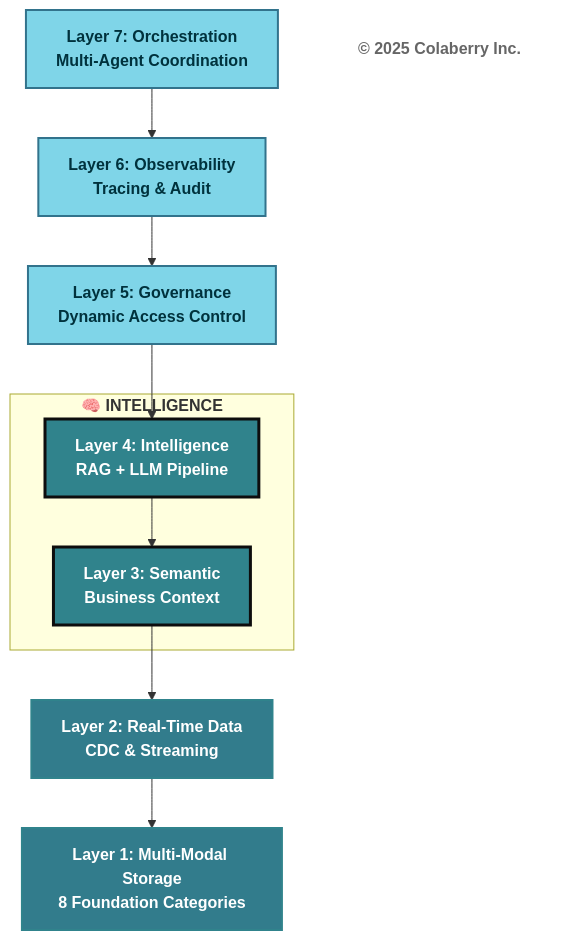
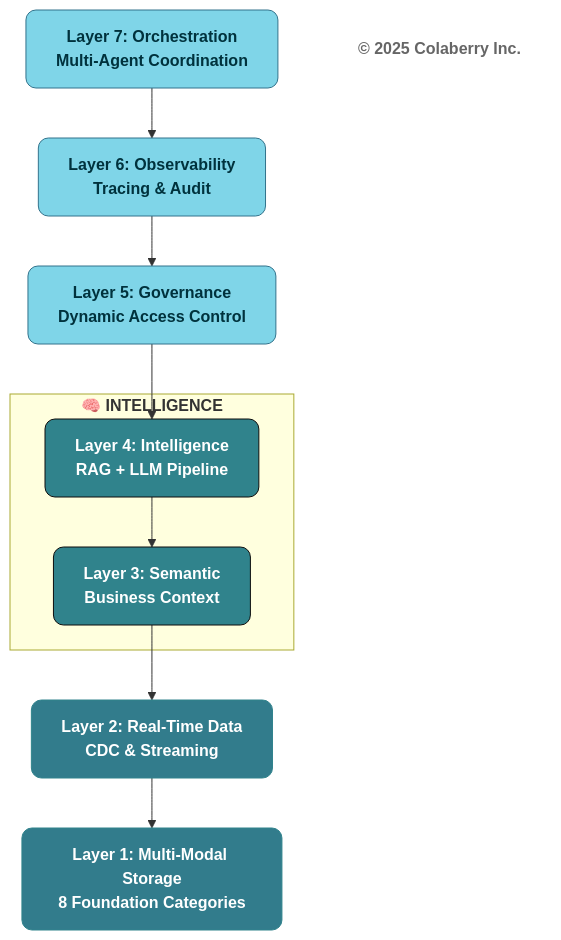
One commit to colaberry/trust-before-intelligence-book changed the third of 13 diagrams in manuscript/06_chapter_5_intelligence_layers.md. Above: the diagram before and after it, drawn with Mermaid. The commit also changed other lines of this file and 12 other files, not shown here.

````diff
--- a/manuscript/06_chapter_5_intelligence_layers.md
+++ b/manuscript/06_chapter_5_intelligence_layers.md
@@ -110,28 +110,28 @@
 ```mermaid
 graph TB
     L7["<b>Layer 7: Orchestration</b><br/><b>Multi-Agent Coordination</b>"]
     L6["<b>Layer 6: Observability</b><br/><b>Tracing & Audit</b>"]
     L5["<b>Layer 5: Governance</b><br/><b>Dynamic Access Control</b>"]
     
     subgraph "<b>🧠 INTELLIGENCE</b>"
         L4["<b>Layer 4: Intelligence</b><br/><b>RAG + LLM Pipeline</b>"]
         L3["<b>Layer 3: Semantic</b><br/><b>Business Context</b>"]
     end
     
     L2["<b>Layer 2: Real-Time Data</b><br/><b>CDC & Streaming</b>"]
     L1["<b>Layer 1: Multi-Modal Storage</b><br/><b>8 Foundation Categories</b>"]
     
     Copyright["<b>© 2025 Colaberry Inc.</b>"]
     
     L7 --> L6 --> L5 --> L4 --> L3
     L3 --> L2 --> L1
     
-    style L7 fill:#7FD5E8,stroke:#32738C,stroke-width:2px,color:#00323D
-    style L6 fill:#7FD5E8,stroke:#32738C,stroke-width:2px,color:#00323D
-    style L5 fill:#7FD5E8,stroke:#32738C,stroke-width:2px,color:#00323D
-    style L4 fill:#30838C,stroke:#0D0D0D,stroke-width:3px,color:#ffffff
-    style L3 fill:#30838C,stroke:#0D0D0D,stroke-width:3px,color:#ffffff
-    style L2 fill:#327C8C,stroke:#30838C,stroke-width:2px,color:#ffffff
-    style L1 fill:#327C8C,stroke:#30838C,stroke-width:2px,color:#ffffff
-    style Copyright fill:#ffffff,stroke:none,color:#666666
+    style L7 fill:#7FD5E8,stroke:#32738C,stroke-width:1px,color:#00323D,rx:10,ry:10
+    style L6 fill:#7FD5E8,stroke:#32738C,stroke-width:1px,color:#00323D,rx:10,ry:10
+    style L5 fill:#7FD5E8,stroke:#32738C,stroke-width:1px,color:#00323D,rx:10,ry:10
+    style L4 fill:#30838C,stroke:#0D0D0D,stroke-width:1px,color:#ffffff,rx:10,ry:10
+    style L3 fill:#30838C,stroke:#0D0D0D,stroke-width:1px,color:#ffffff,rx:10,ry:10
+    style L2 fill:#327C8C,stroke:#30838C,stroke-width:1px,color:#ffffff,rx:10,ry:10
+    style L1 fill:#327C8C,stroke:#30838C,stroke-width:1px,color:#ffffff,rx:10,ry:10
+    style Copyright fill:none,stroke:none,color:#666666
 ```
````
